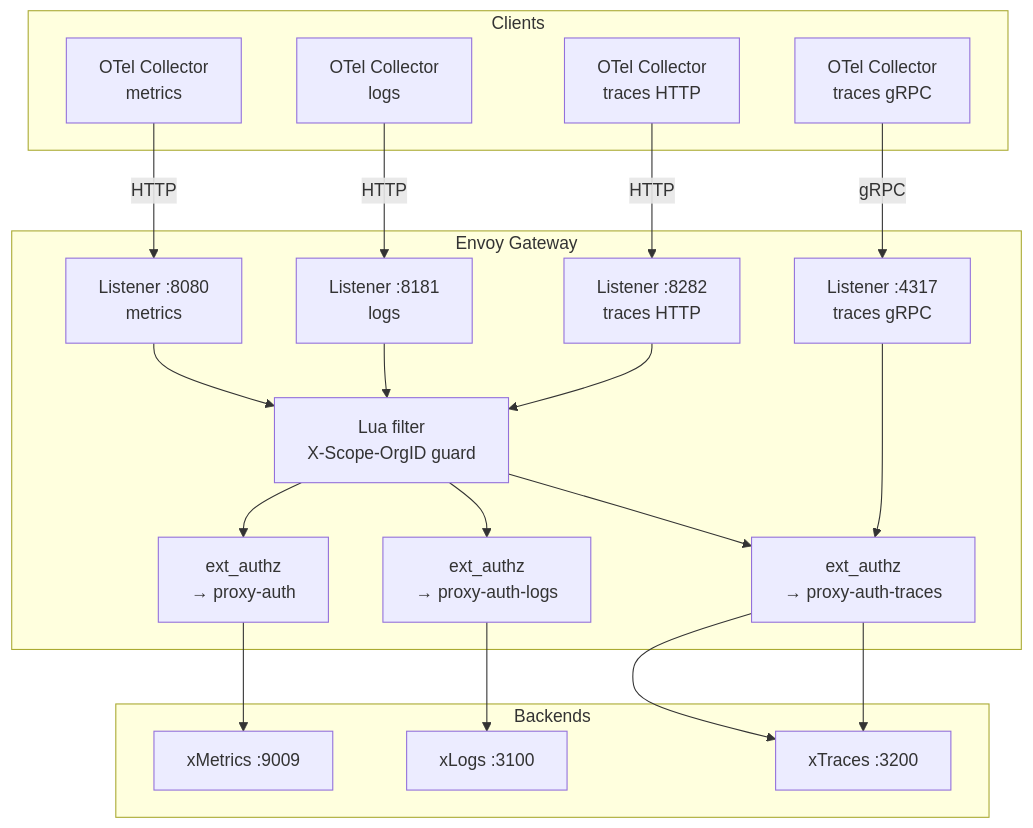
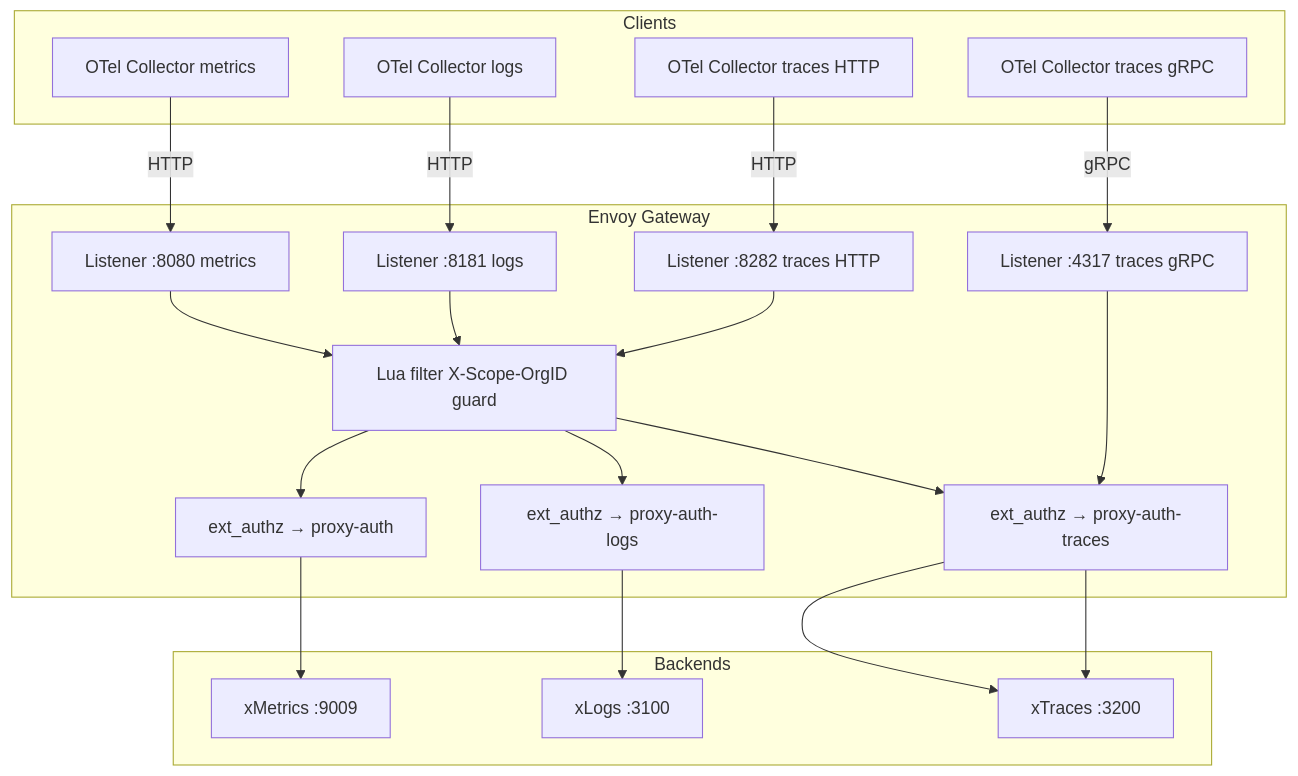
Before and after one commit to xscaler/training: the first of 3 diagrams in docs/session-3/architecture-review.md, drawn with Mermaid. The commit also changed other lines of this file and 38 other files, not shown here.

First line of the commit message:
Remove internal content, fix Mermaid diagrams, and rewrite labs as customer-facing exercises

````diff
--- a/docs/session-3/architecture-review.md
+++ b/docs/session-3/architecture-review.md
@@ -16,31 +16,31 @@
 ```mermaid
 graph TB
     subgraph Clients
-        C1[OTel Collector\nmetrics]
-        C2[OTel Collector\nlogs]
-        C3[OTel Collector\ntraces HTTP]
-        C4[OTel Collector\ntraces gRPC]
+        C1[OTel Collector metrics]
+        C2[OTel Collector logs]
+        C3[OTel Collector traces HTTP]
+        C4[OTel Collector traces gRPC]
     end
 
     subgraph "Envoy Gateway"
-        L1[Listener :8080\nmetrics]
-        L2[Listener :8181\nlogs]
-        L3[Listener :8282\ntraces HTTP]
-        L4[Listener :4317\ntraces gRPC]
-        LUA[Lua filter\nX-Scope-OrgID guard]
-        EXT1[ext_authz\n→ proxy-auth]
-        EXT2[ext_authz\n→ proxy-auth-logs]
-        EXT3[ext_authz\n→ proxy-auth-traces]
+        L1[Listener :8080 metrics]
+        L2[Listener :8181 logs]
+        L3[Listener :8282 traces HTTP]
+        L4[Listener :4317 traces gRPC]
+        LUA[Lua filter X-Scope-OrgID guard]
+        EXT1[ext_authz → proxy-auth]
+        EXT2[ext_authz → proxy-auth-logs]
+        EXT3[ext_authz → proxy-auth-traces]
     end
 
     subgraph Backends
         MI[xMetrics :9009]
         LO[xLogs :3100]
         TE[xTraces :3200]
     end
 
     C1 -->|HTTP| L1 --> LUA --> EXT1 --> MI
     C2 -->|HTTP| L2 --> LUA --> EXT2 --> LO
     C3 -->|HTTP| L3 --> LUA --> EXT3 --> TE
     C4 -->|gRPC| L4 --> EXT3 --> TE
 ```
````
